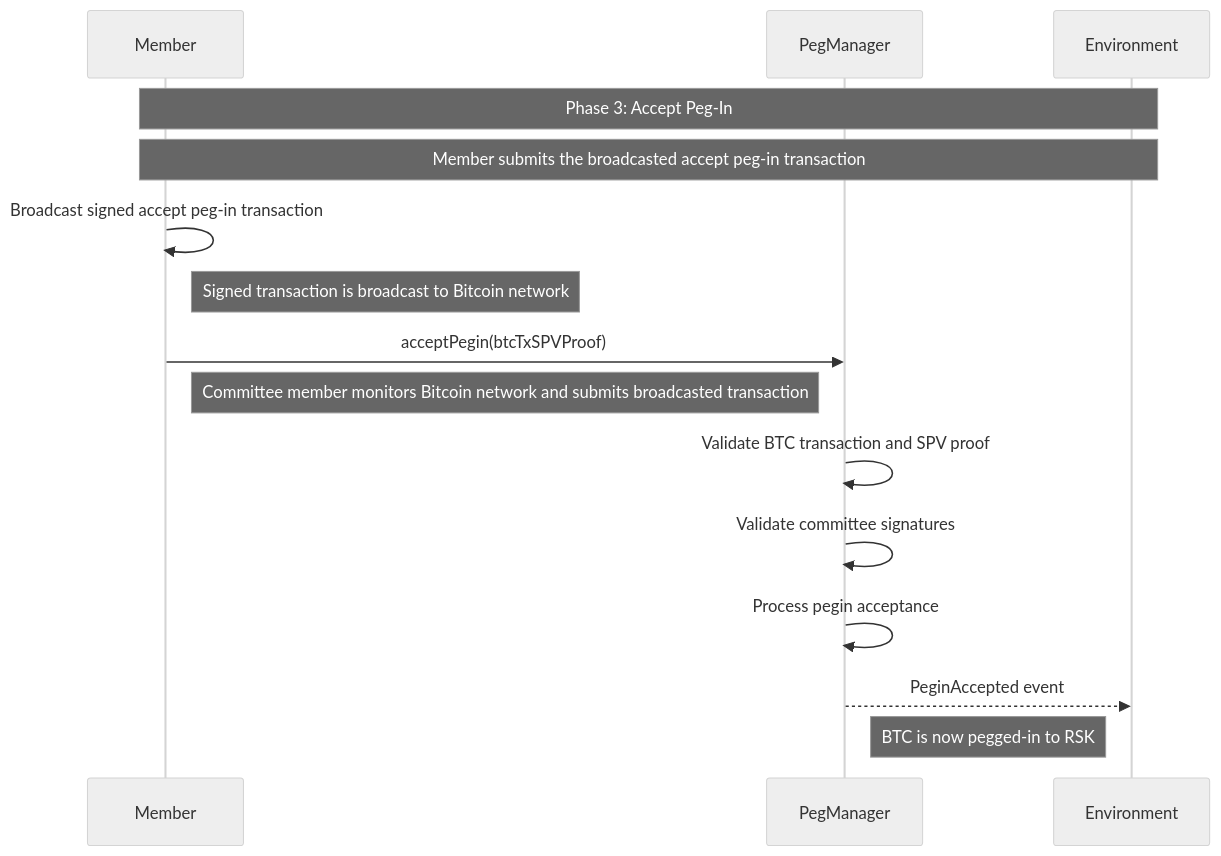
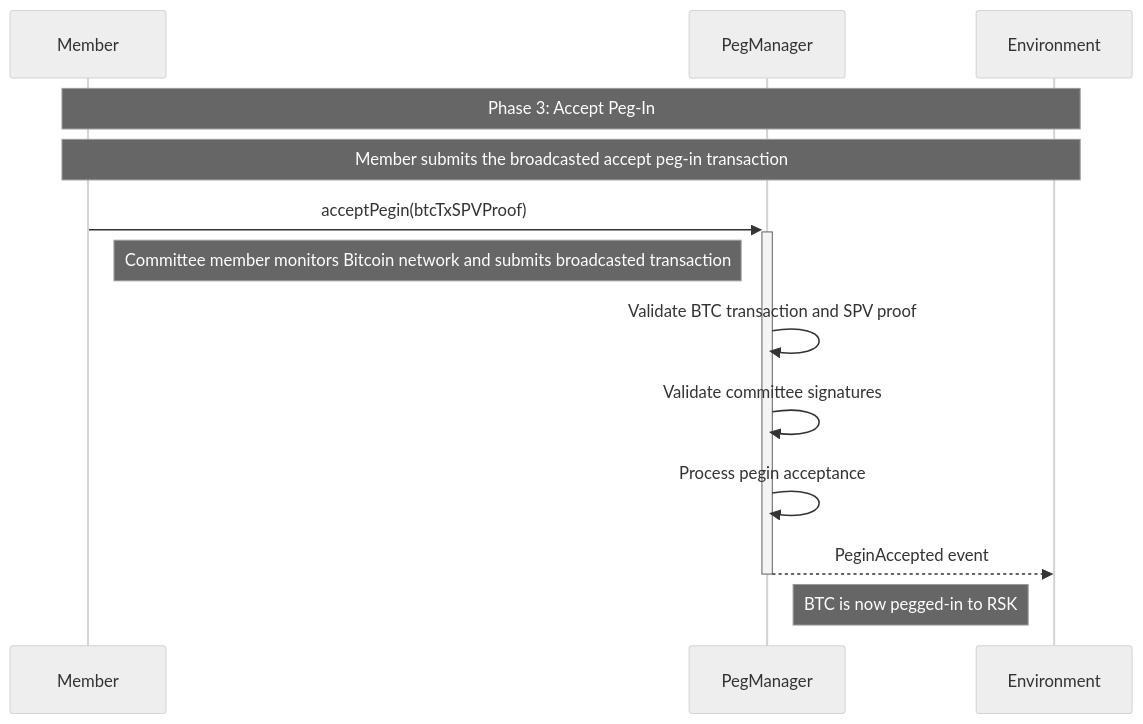
Before and after one commit to rsksmart/union-bridge-contracts: the seventh of 12 diagrams in README.md, drawn with Mermaid (neutral theme). The commit also changed other lines of this file, not shown here.

Commit message:
Add Table of contents and architecture to README

````diff
--- a/README.md
+++ b/README.md
@@ -254,20 +396,17 @@
 ```mermaid
 sequenceDiagram
     participant M as Member
     participant PM as PegManager
     participant ENV as Environment
 
     Note over M,ENV: Phase 3: Accept Peg-In
     Note over M,ENV: Member submits the broadcasted accept peg-in transaction
 
-    M->>M: Broadcast signed accept peg-in transaction
-    Note right of M: Signed transaction is broadcast to Bitcoin network
-
-    M->>PM: acceptPegin(btcTxSPVProof)
+    M->>+PM: acceptPegin(btcTxSPVProof)
     Note right of M: Committee member monitors Bitcoin network and submits broadcasted transaction
     PM->>PM: Validate BTC transaction and SPV proof
     PM->>PM: Validate committee signatures
     PM->>PM: Process pegin acceptance
-    PM-->>ENV: PeginAccepted event
+    PM-->>-ENV: PeginAccepted event
     Note right of PM: BTC is now pegged-in to RSK
 ```
````
